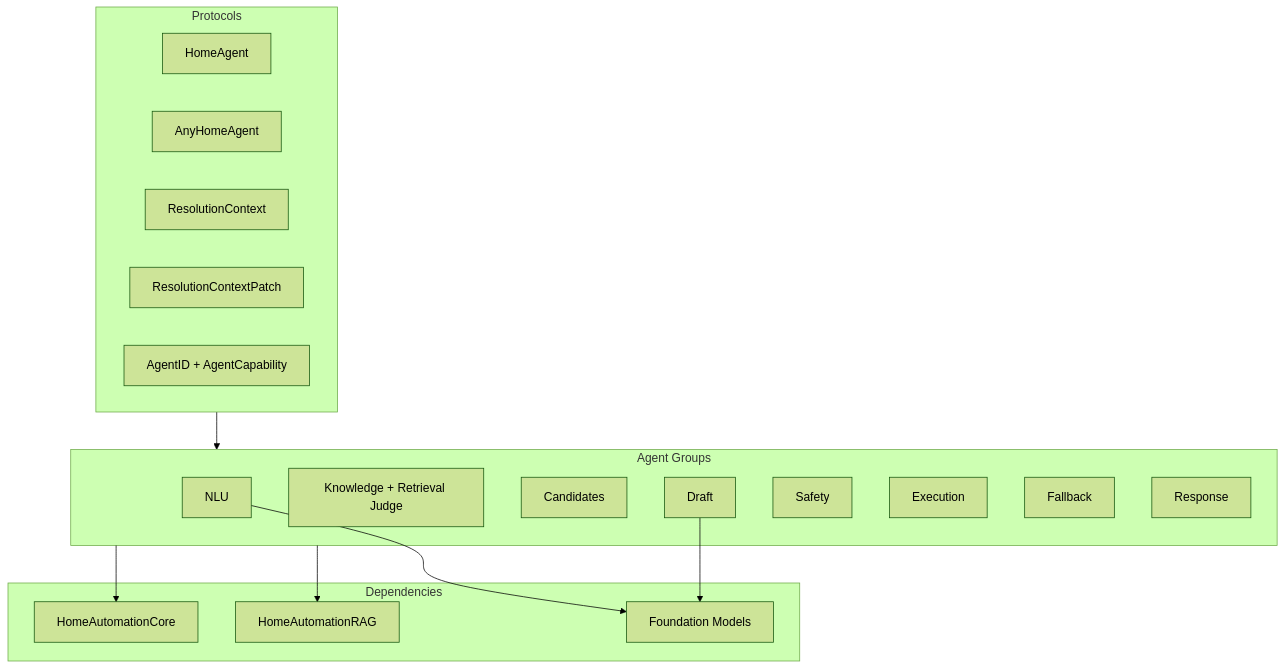
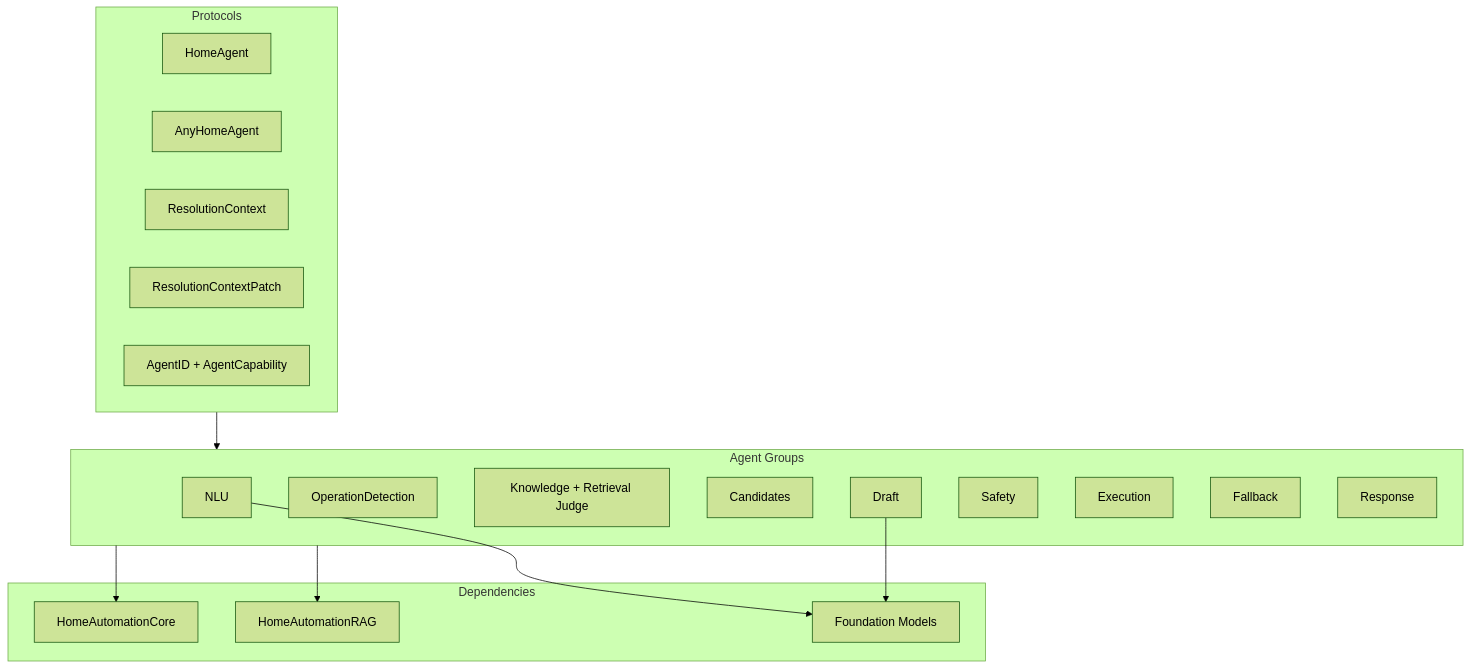
The first of 2 diagrams in HomeAutomationCore/Sources/HomeAutomationAgents/README.md (ksypinro/HomeAutomation), drawn with Mermaid (forest theme) before and after one commit. The commit also changed other lines of this file and 144 other files, not shown here.

````diff
--- a/HomeAutomationCore/Sources/HomeAutomationAgents/README.md
+++ b/HomeAutomationCore/Sources/HomeAutomationAgents/README.md
@@ -9,33 +9,34 @@
 ```mermaid
 flowchart TB
     subgraph Protocols["Protocols"]
         HomeAgent["HomeAgent"]
         AnyHomeAgent["AnyHomeAgent"]
         Context["ResolutionContext"]
         Patch["ResolutionContextPatch"]
         IDs["AgentID + AgentCapability"]
     end
 
     subgraph Groups["Agent Groups"]
         NLU["NLU"]
+        OperationDetection["OperationDetection"]
         Knowledge["Knowledge + Retrieval Judge"]
         Candidates["Candidates"]
         Draft["Draft"]
         Safety["Safety"]
         Execution["Execution"]
         Fallback["Fallback"]
         Response["Response"]
     end
 
     subgraph Dependencies["Dependencies"]
         Core["HomeAutomationCore"]
         RAG["HomeAutomationRAG"]
         FM["Foundation Models"]
     end
 
     Protocols --> Groups
     Groups --> Core
     Groups --> RAG
     Draft --> FM
     NLU --> FM
 ```
````
